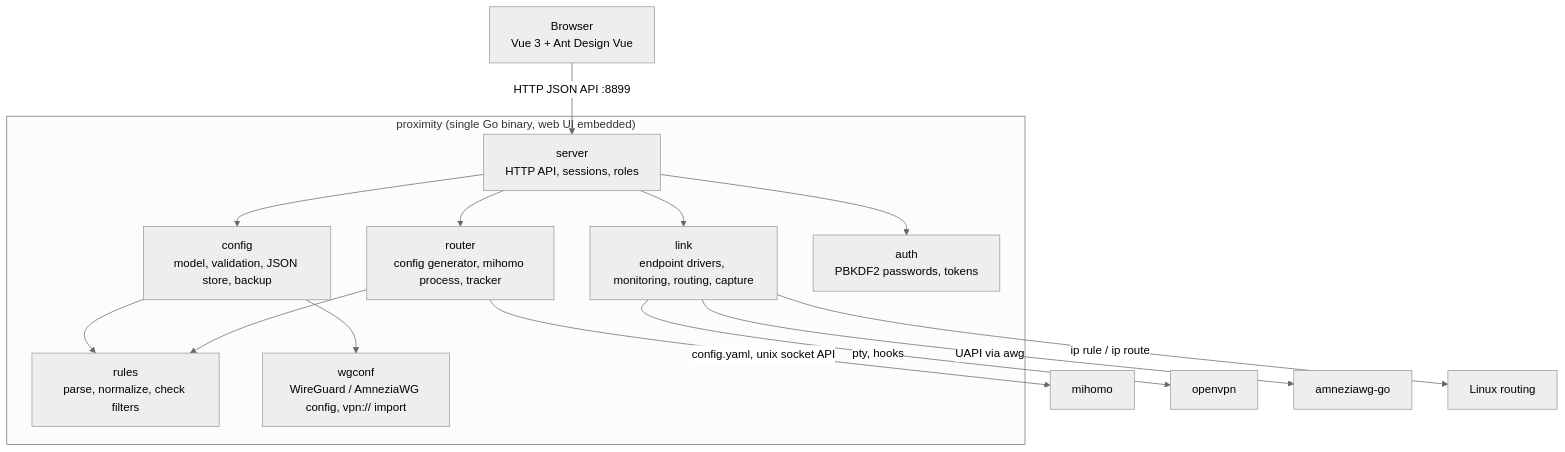
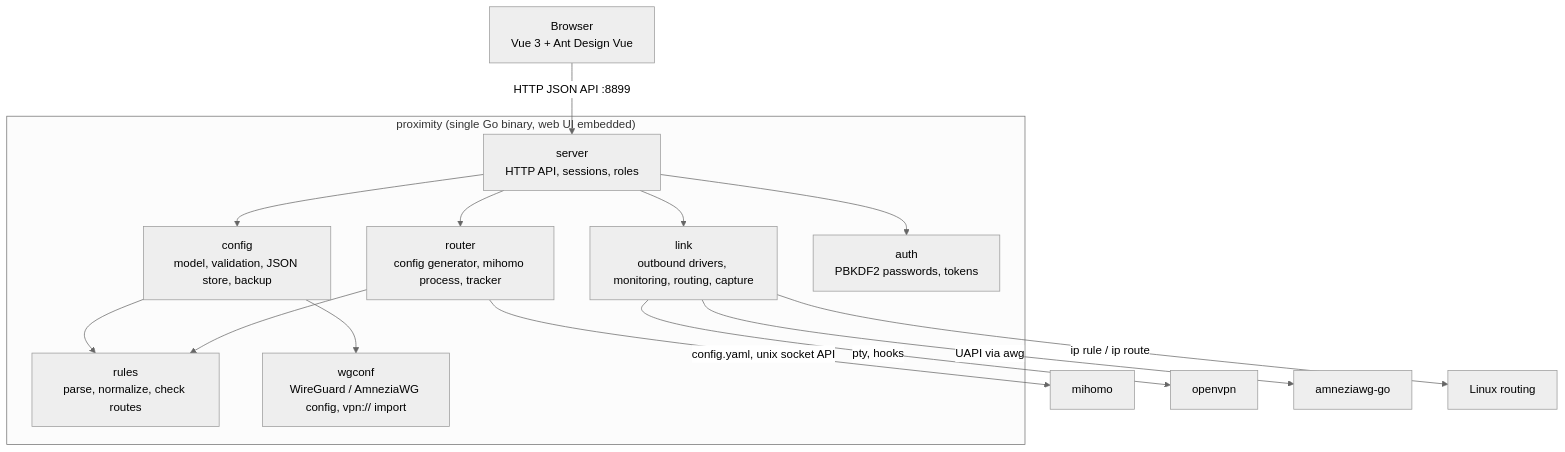
One commit to ferrobit/proximity changed the diagram in docs/architecture.md. Above: the diagram before and after it, drawn with Mermaid (neutral theme). The commit also changed other lines of this file and 64 other files, not shown here.

````diff
--- a/docs/architecture.md
+++ b/docs/architecture.md
@@ -23,20 +23,20 @@
 ```mermaid
 flowchart TB
     Browser["Browser<br/>Vue 3 + Ant Design Vue"] -- "HTTP JSON API :8899" --> Server
     subgraph Proximity["proximity (single Go binary, web UI embedded)"]
         Server["server<br/>HTTP API, sessions, roles"]
         Config["config<br/>model, validation, JSON store, backup"]
-        Rules["rules<br/>parse, normalize, check filters"]
+        Rules["rules<br/>parse, normalize, check routes"]
         Router["router<br/>config generator, mihomo process, tracker"]
-        Link["link<br/>endpoint drivers, monitoring, routing, capture"]
+        Link["link<br/>outbound drivers, monitoring, routing, capture"]
         Auth["auth<br/>PBKDF2 passwords, tokens"]
         Wg["wgconf<br/>WireGuard / AmneziaWG config, vpn:// import"]
     end
     Server --> Config & Router & Link & Auth
     Config --> Rules & Wg
     Router --> Rules
     Router -- "config.yaml, unix socket API" --> Mihomo["mihomo"]
     Link -- "pty, hooks" --> OpenVPN["openvpn"]
     Link -- "UAPI via awg" --> AWG["amneziawg-go"]
     Link -- "ip rule / ip route" --> Kernel["Linux routing"]
 ```
````
